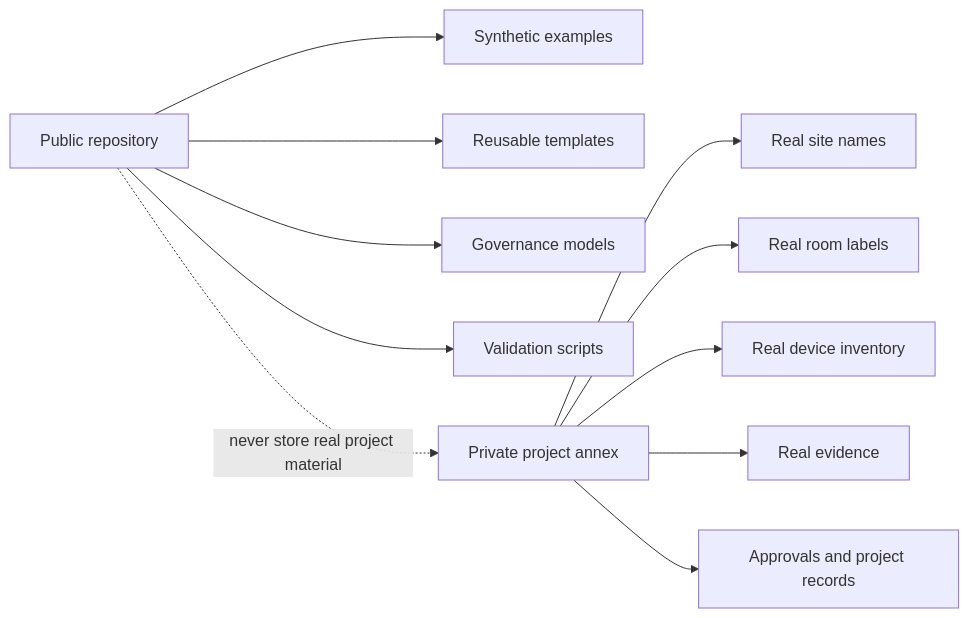
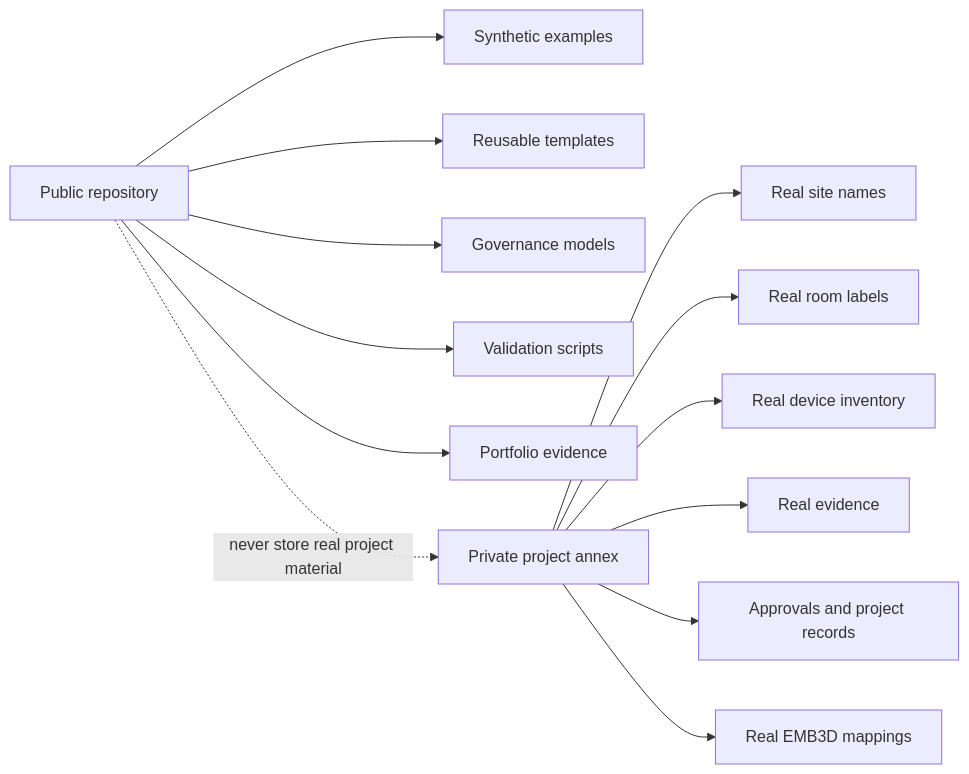
Before and after one commit to Jonnenpijonne/esp32-iot-security-governance-lab: the fourth of 5 diagrams in README.md, drawn with Mermaid. The commit also changed other lines of this file, not shown here.

````diff
--- a/README.md
+++ b/README.md
@@ -123,15 +128,17 @@
 ```mermaid
 flowchart LR
     A[Public repository] --> A1[Synthetic examples]
     A --> A2[Reusable templates]
     A --> A3[Governance models]
     A --> A4[Validation scripts]
+    A --> A5[Portfolio evidence]
 
     B[Private project annex] --> B1[Real site names]
     B --> B2[Real room labels]
     B --> B3[Real device inventory]
     B --> B4[Real evidence]
     B --> B5[Approvals and project records]
+    B --> B6[Real EMB3D mappings]
 
     A -. never store real project material .-> B
 ```
````
